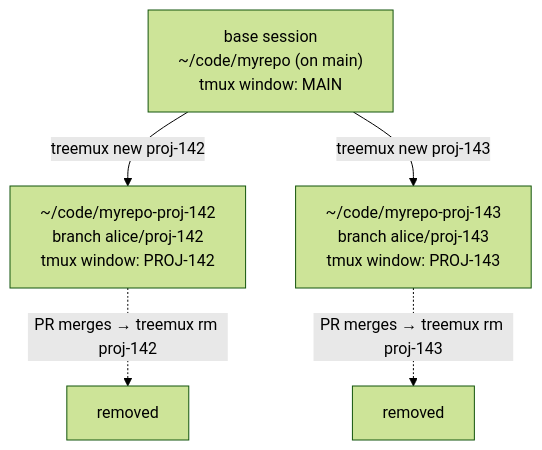
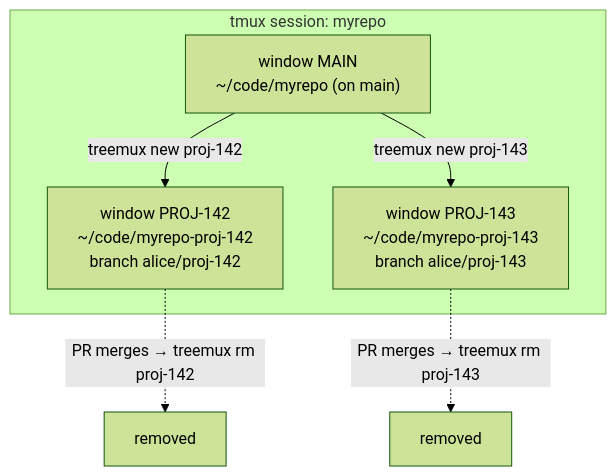
Before and after one commit to jay-snyder/treewright: the diagram in README.md, drawn with Mermaid (forest theme). The commit also changed other lines of this file and 14 other files, not shown here.

````diff
--- a/README.md
+++ b/README.md
@@ -11,8 +11,12 @@
 ```mermaid
 flowchart TD
-    B["base session<br/>~/code/myrepo (on main)<br/>tmux window: MAIN"]
-    B -->|treemux new proj-142| W1["~/code/myrepo-proj-142<br/>branch alice/proj-142<br/>tmux window: PROJ-142"]
-    B -->|treemux new proj-143| W2["~/code/myrepo-proj-143<br/>branch alice/proj-143<br/>tmux window: PROJ-143"]
+    subgraph S["tmux session: myrepo"]
+        B["window MAIN<br/>~/code/myrepo (on main)"]
+        W1["window PROJ-142<br/>~/code/myrepo-proj-142<br/>branch alice/proj-142"]
+        W2["window PROJ-143<br/>~/code/myrepo-proj-143<br/>branch alice/proj-143"]
+    end
+    B -->|treemux new proj-142| W1
+    B -->|treemux new proj-143| W2
     W1 -.->|PR merges → treemux rm proj-142| X1["removed"]
     W2 -.->|PR merges → treemux rm proj-143| X2["removed"]
 ```
````
